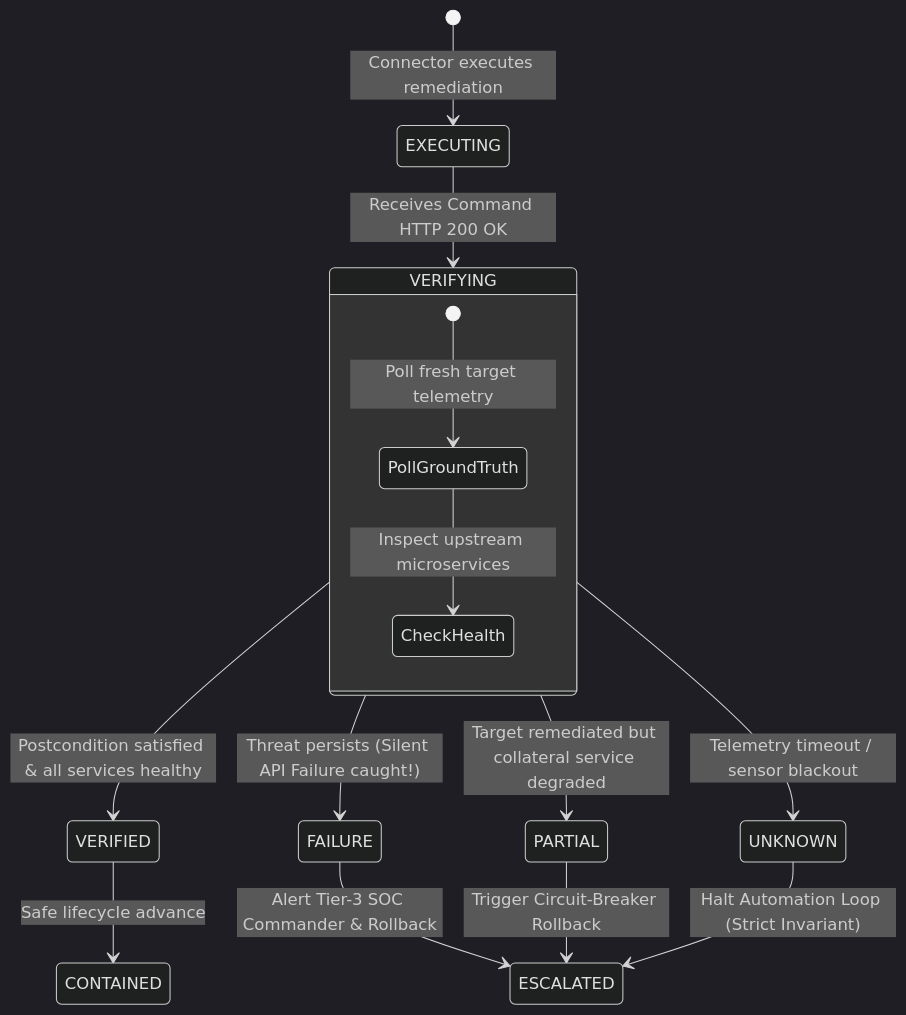
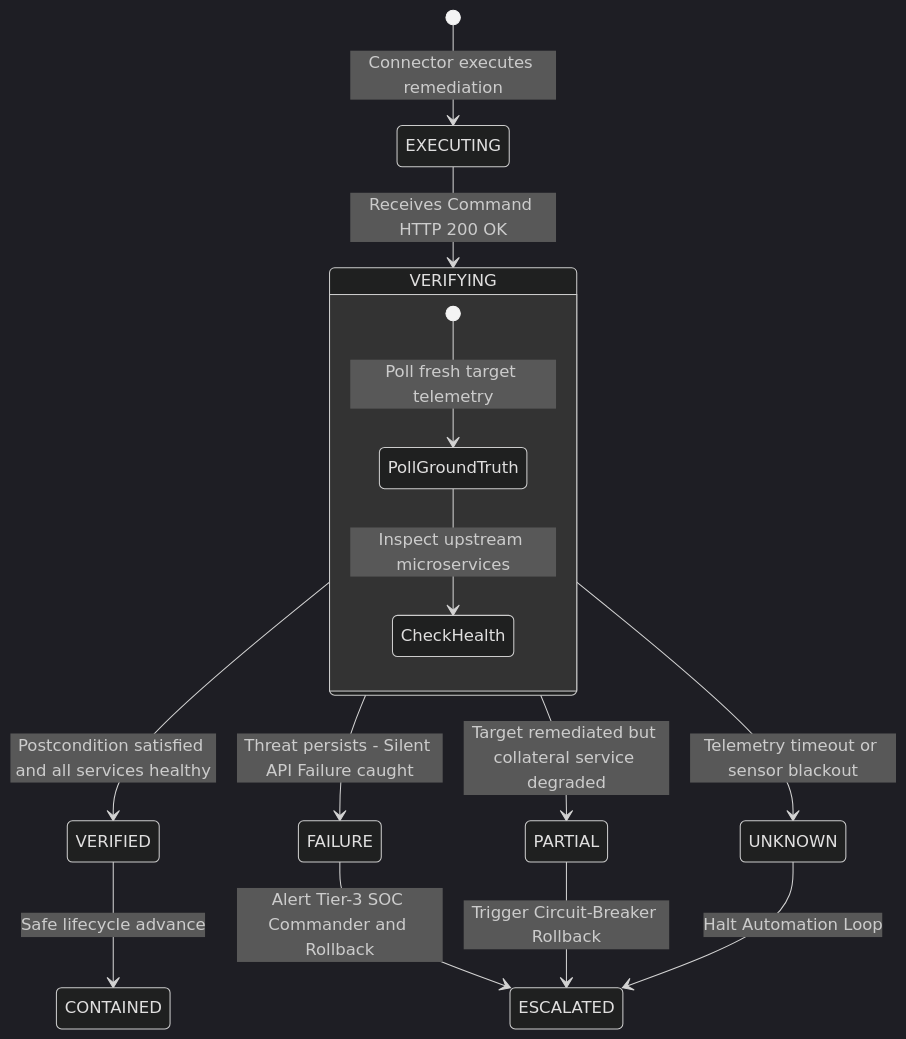
One commit to sonakshiv559-spec/Aegis__Core_AI changed the third of 4 diagrams in README.md. Above: the diagram before and after it, drawn with Mermaid (dark theme). The commit also changed other lines of this file, not shown here.

Commit message:
fix(docs): resolve GitHub Mermaid sequenceDiagram parse syntax

````diff
--- a/README.md
+++ b/README.md
@@ -139,20 +139,20 @@
 ```mermaid
 stateDiagram-v2
     [*] --> EXECUTING: Connector executes remediation
     EXECUTING --> VERIFYING: Receives Command HTTP 200 OK
     
     state VERIFYING {
         [*] --> PollGroundTruth: Poll fresh target telemetry
         PollGroundTruth --> CheckHealth: Inspect upstream microservices
     }
     
-    VERIFYING --> VERIFIED: Postcondition satisfied & all services healthy
-    VERIFYING --> FAILURE: Threat persists (Silent API Failure caught!)
+    VERIFYING --> VERIFIED: Postcondition satisfied and all services healthy
+    VERIFYING --> FAILURE: Threat persists - Silent API Failure caught
     VERIFYING --> PARTIAL: Target remediated but collateral service degraded
-    VERIFYING --> UNKNOWN: Telemetry timeout / sensor blackout
+    VERIFYING --> UNKNOWN: Telemetry timeout or sensor blackout
 
     VERIFIED --> CONTAINED: Safe lifecycle advance
-    FAILURE --> ESCALATED: Alert Tier-3 SOC Commander & Rollback
+    FAILURE --> ESCALATED: Alert Tier-3 SOC Commander and Rollback
     PARTIAL --> ESCALATED: Trigger Circuit-Breaker Rollback
-    UNKNOWN --> ESCALATED: Halt Automation Loop (Strict Invariant)
+    UNKNOWN --> ESCALATED: Halt Automation Loop
 ```
````
